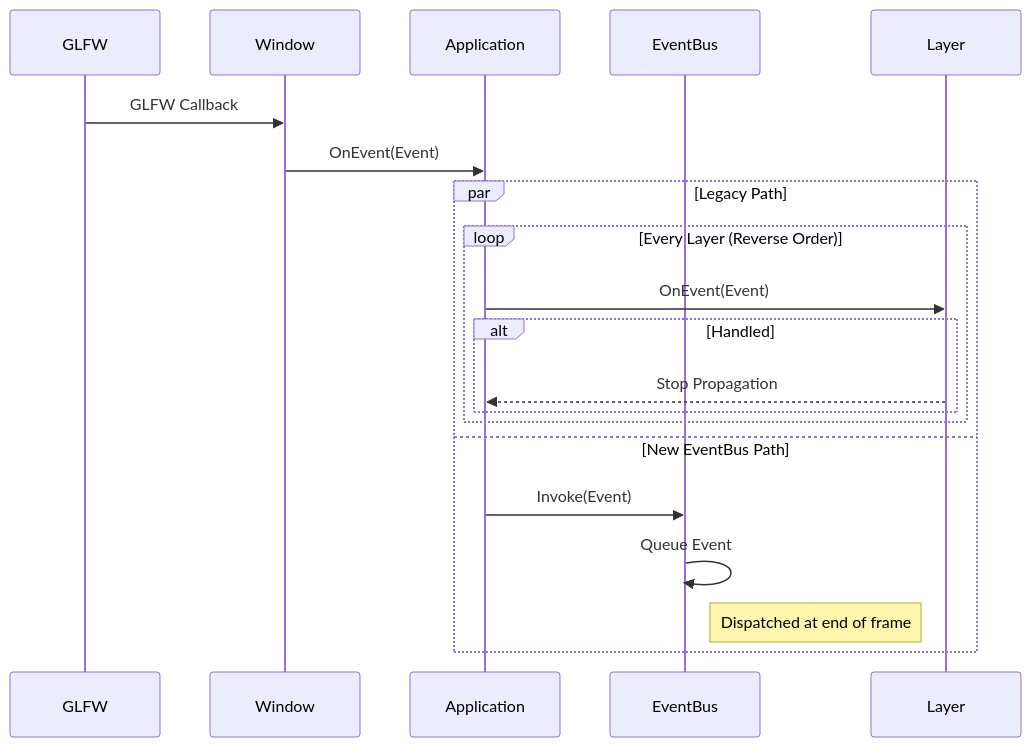
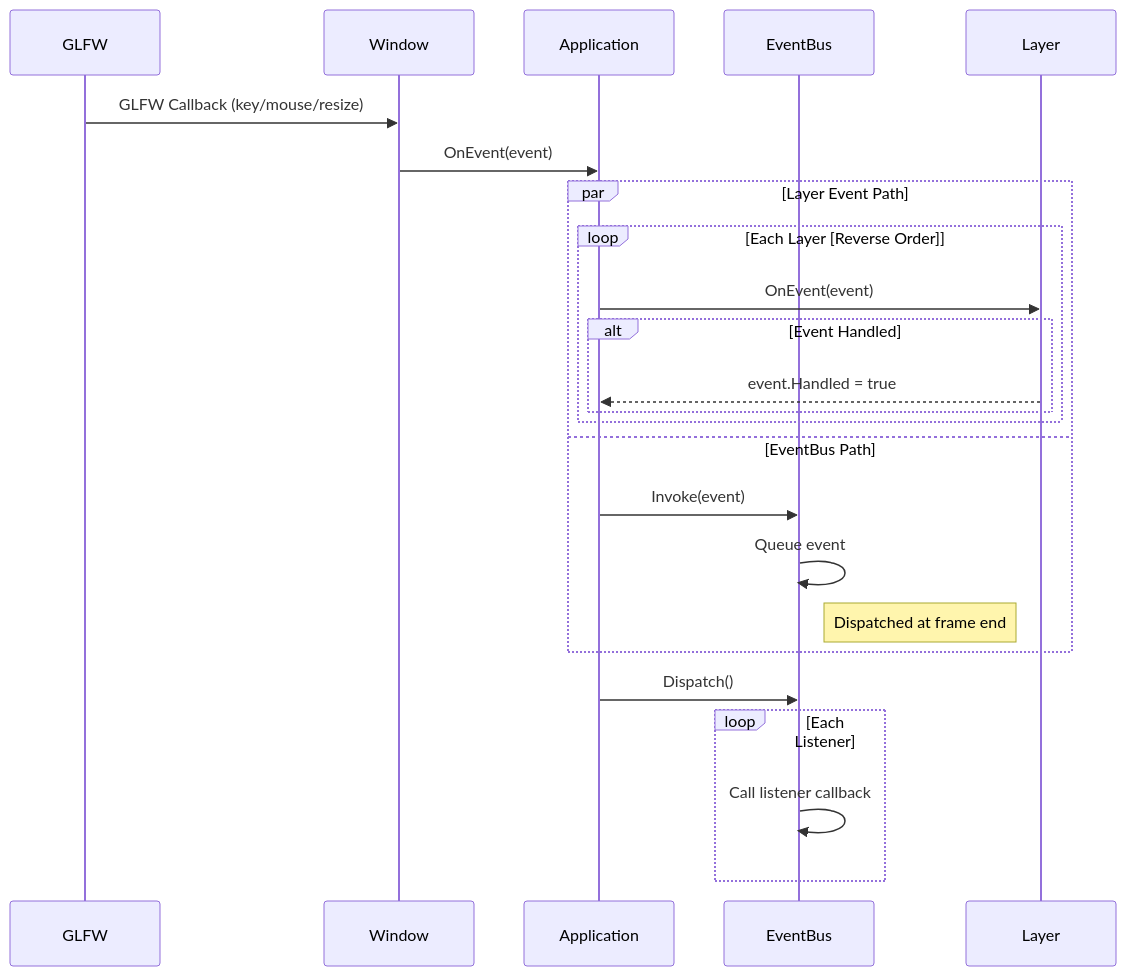
One commit to lucas85235/Monster-Engine changed diagram 12 of 13 in docs/Architecture.md. Above: the diagram before and after it, drawn with Mermaid. The commit also changed other lines of this file and 31 other files, not shown here.

````diff
--- a/docs/Architecture.md
+++ b/docs/Architecture.md
@@ -299,24 +644,29 @@
 ```mermaid
 sequenceDiagram
     participant GLFW
     participant Window
     participant App as Application
     participant Bus as EventBus
     participant Layer
 
-    GLFW->>Window: GLFW Callback
-    Window->>App: OnEvent(Event)
+    GLFW->>Window: GLFW Callback (key/mouse/resize)
+    Window->>App: OnEvent(event)
     
-    par Legacy Path
-        loop Every Layer (Reverse Order)
-            App->>Layer: OnEvent(Event)
-            alt Handled
-                Layer-->>App: Stop Propagation
+    par Layer Event Path
+        loop Each Layer [Reverse Order]
+            App->>Layer: OnEvent(event)
+            alt Event Handled
+                Layer-->>App: event.Handled = true
             end
         end
-    and New EventBus Path
-        App->>Bus: Invoke(Event)
-        Bus->>Bus: Queue Event
-        Note right of Bus: Dispatched at end of frame
+    and EventBus Path
+        App->>Bus: Invoke(event)
+        Bus->>Bus: Queue event
+        Note right of Bus: Dispatched at frame end
+    end
+    
+    App->>Bus: Dispatch()
+    loop Each Listener
+        Bus->>Bus: Call listener callback
     end
 ```
````
